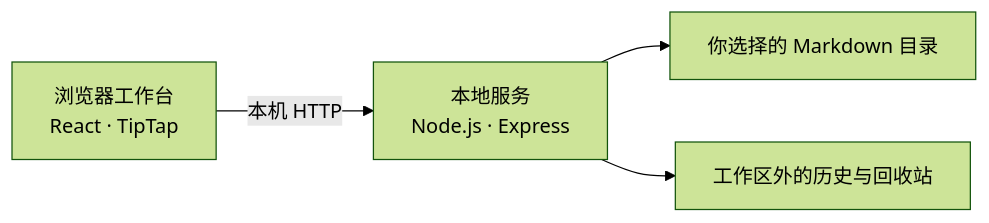
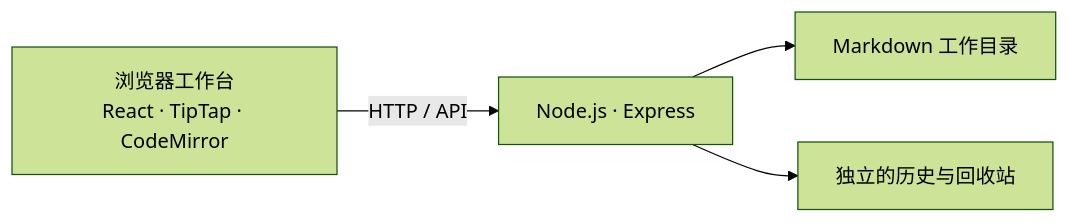
Before and after one commit to nerkeler/standalone-editor: the diagram in README.md, drawn with Mermaid (forest theme). The commit also changed other lines of this file and 3 other files, not shown here.

````diff
--- a/README.md
+++ b/README.md
@@ -101,6 +164,6 @@
-~~~mermaid
+```mermaid
 flowchart LR
-  B["浏览器工作台<br/>React · TipTap"] -->|"本机 HTTP"| S["本地服务<br/>Node.js · Express"]
-  S --> W["你选择的 Markdown 目录"]
-  S --> R["工作区外的历史与回收站"]
-~~~
+  UI["浏览器工作台<br/>React · TipTap · CodeMirror"] -->|"HTTP / API"| Server["Node.js · Express"]
+  Server --> Notes["Markdown 工作目录"]
+  Server --> Recovery["独立的历史与回收站"]
+```
````
